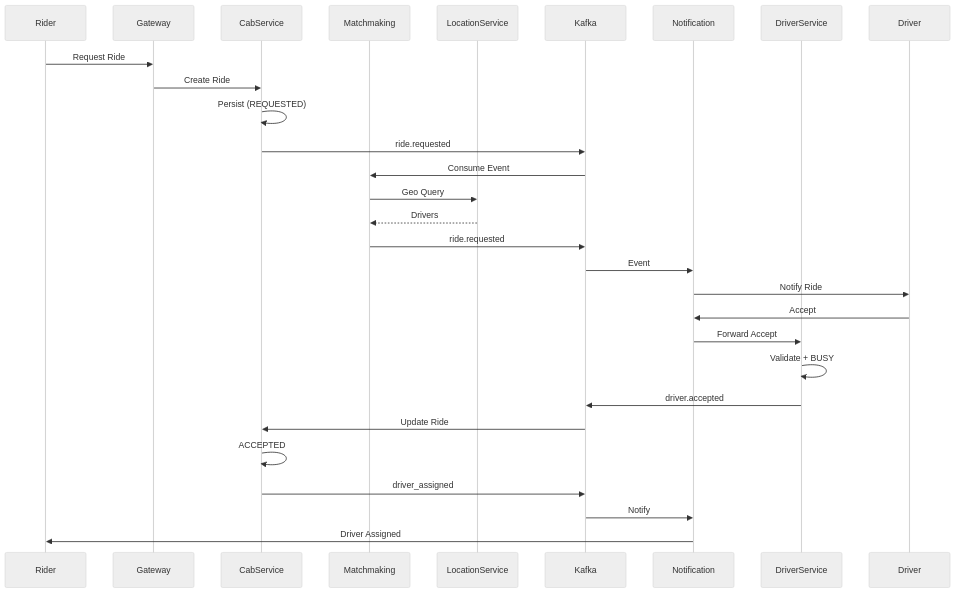
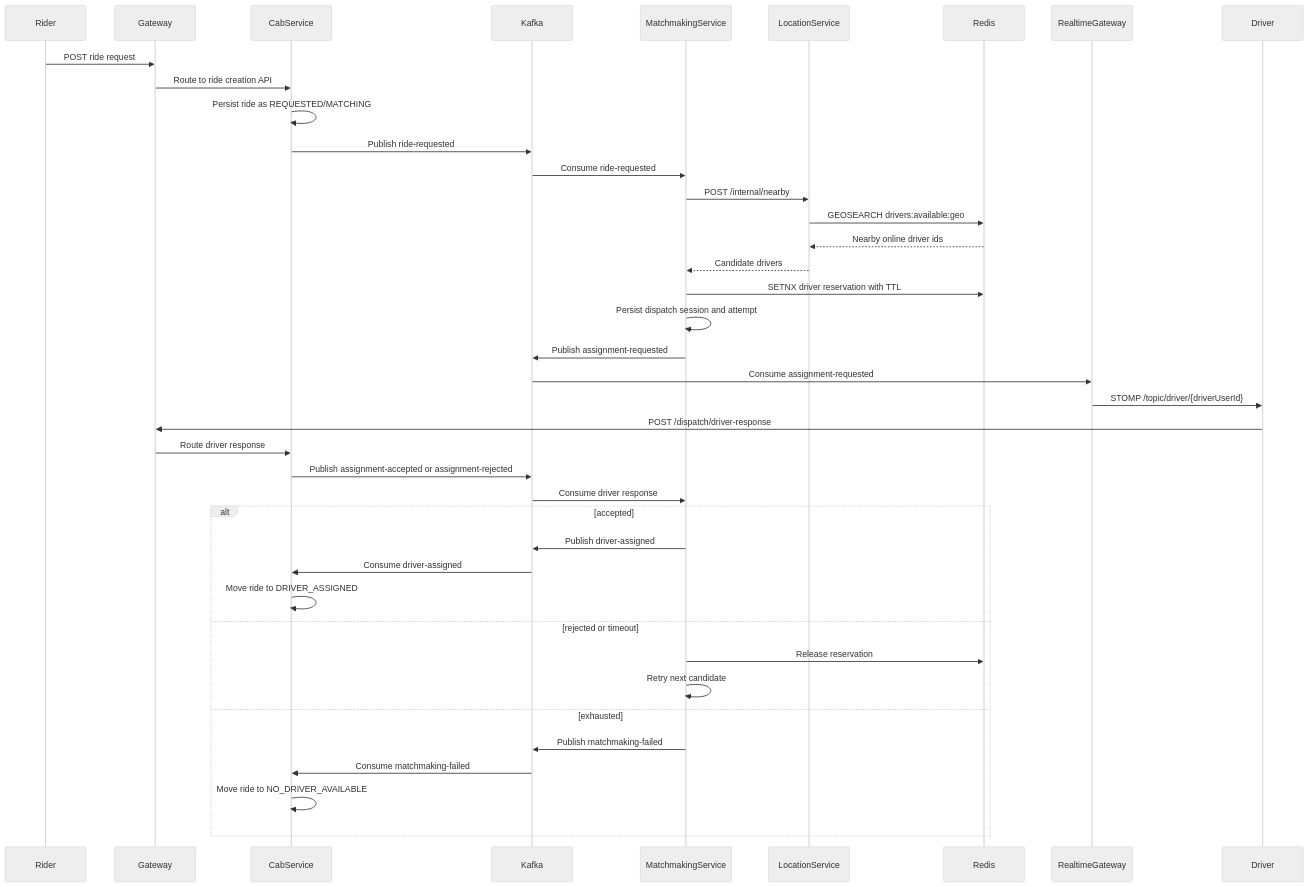
One commit to abhishek776655/Cabby-Mobility changed the second of 6 diagrams in docs/HLD/SmartMobility.md. Above: the diagram before and after it, drawn with Mermaid (neutral theme). The commit also changed other lines of this file and 22 other files, not shown here.

````diff
--- a/docs/HLD/SmartMobility.md
+++ b/docs/HLD/SmartMobility.md
@@ -147,39 +172,48 @@
 ```mermaid
 sequenceDiagram
     participant Rider
     participant Gateway
     participant CabService
-    participant Matchmaking
+    participant Kafka
+    participant MatchmakingService
     participant LocationService
-    participant Kafka
-    participant Notification
-    participant DriverService
+    participant Redis
+    participant RealtimeGateway
     participant Driver
 
-    Rider->>Gateway: Request Ride
-    Gateway->>CabService: Create Ride
-    CabService->>CabService: Persist (REQUESTED)
-    CabService->>Kafka: ride.requested
+    Rider->>Gateway: POST ride request
+    Gateway->>CabService: Route to ride creation API
+    CabService->>CabService: Persist ride as REQUESTED/MATCHING
+    CabService->>Kafka: Publish ride-requested
 
-    Kafka->>Matchmaking: Consume Event
-    Matchmaking->>LocationService: Geo Query
-    LocationService-->>Matchmaking: Drivers
+    Kafka->>MatchmakingService: Consume ride-requested
+    MatchmakingService->>LocationService: POST /internal/nearby
+    LocationService->>Redis: GEOSEARCH drivers:available:geo
+    Redis-->>LocationService: Nearby online driver ids
+    LocationService-->>MatchmakingService: Candidate drivers
 
-    Matchmaking->>Kafka: ride.requested
-    Kafka->>Notification: Event
+    MatchmakingService->>Redis: SETNX driver reservation with TTL
+    MatchmakingService->>MatchmakingService: Persist dispatch session and attempt
+    MatchmakingService->>Kafka: Publish assignment-requested
 
-    Notification->>Driver: Notify Ride
+    Kafka->>RealtimeGateway: Consume assignment-requested
+    RealtimeGateway->>Driver: STOMP /topic/driver/{driverUserId}
 
-    Driver->>Notification: Accept
-    Notification->>DriverService: Forward Accept
+    Driver->>Gateway: POST /dispatch/driver-response
+    Gateway->>CabService: Route driver response
+    CabService->>Kafka: Publish assignment-accepted or assignment-rejected
 
-    DriverService->>DriverService: Validate + BUSY
-    DriverService->>Kafka: driver.accepted
-
-    Kafka->>CabService: Update Ride
-    CabService->>CabService: ACCEPTED
-    CabService->>Kafka: driver_assigned
-
-    Kafka->>Notification: Notify
-    Notification->>Rider: Driver Assigned
+    Kafka->>MatchmakingService: Consume driver response
+    alt accepted
+        MatchmakingService->>Kafka: Publish driver-assigned
+        Kafka->>CabService: Consume driver-assigned
+        CabService->>CabService: Move ride to DRIVER_ASSIGNED
+    else rejected or timeout
+        MatchmakingService->>Redis: Release reservation
+        MatchmakingService->>MatchmakingService: Retry next candidate
+    else exhausted
+        MatchmakingService->>Kafka: Publish matchmaking-failed
+        Kafka->>CabService: Consume matchmaking-failed
+        CabService->>CabService: Move ride to NO_DRIVER_AVAILABLE
+    end
 ```
````
